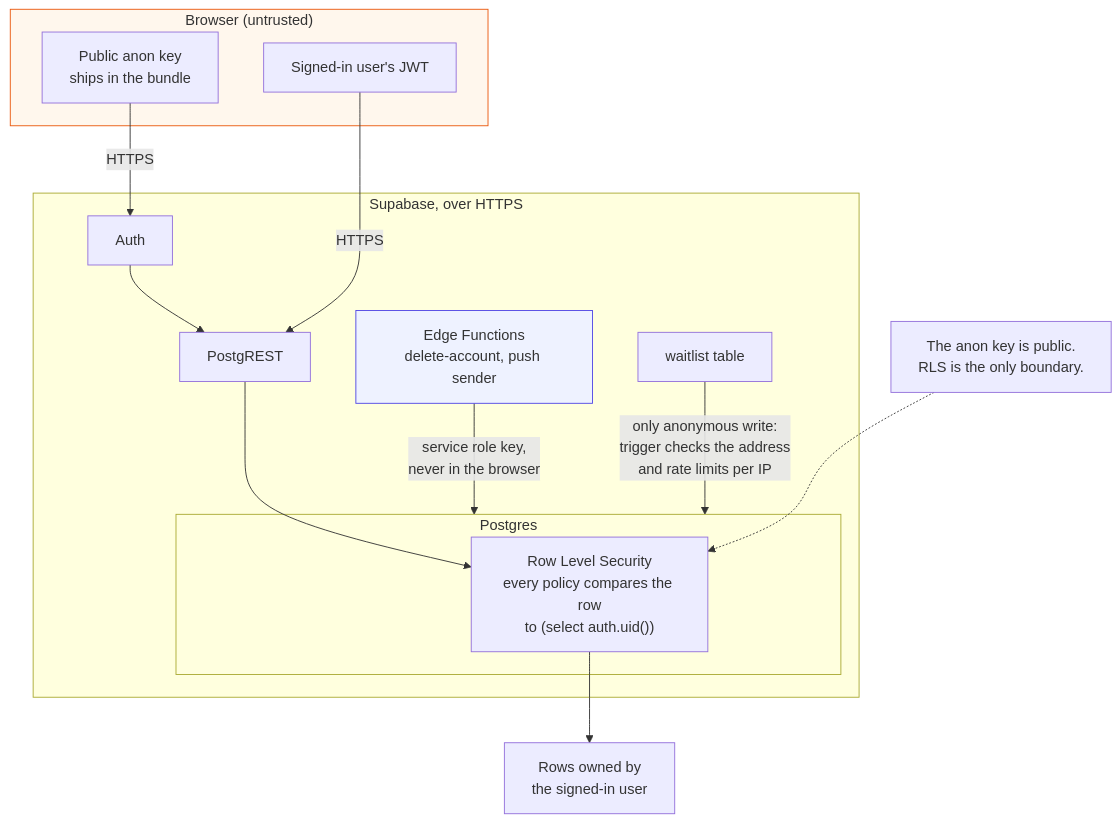
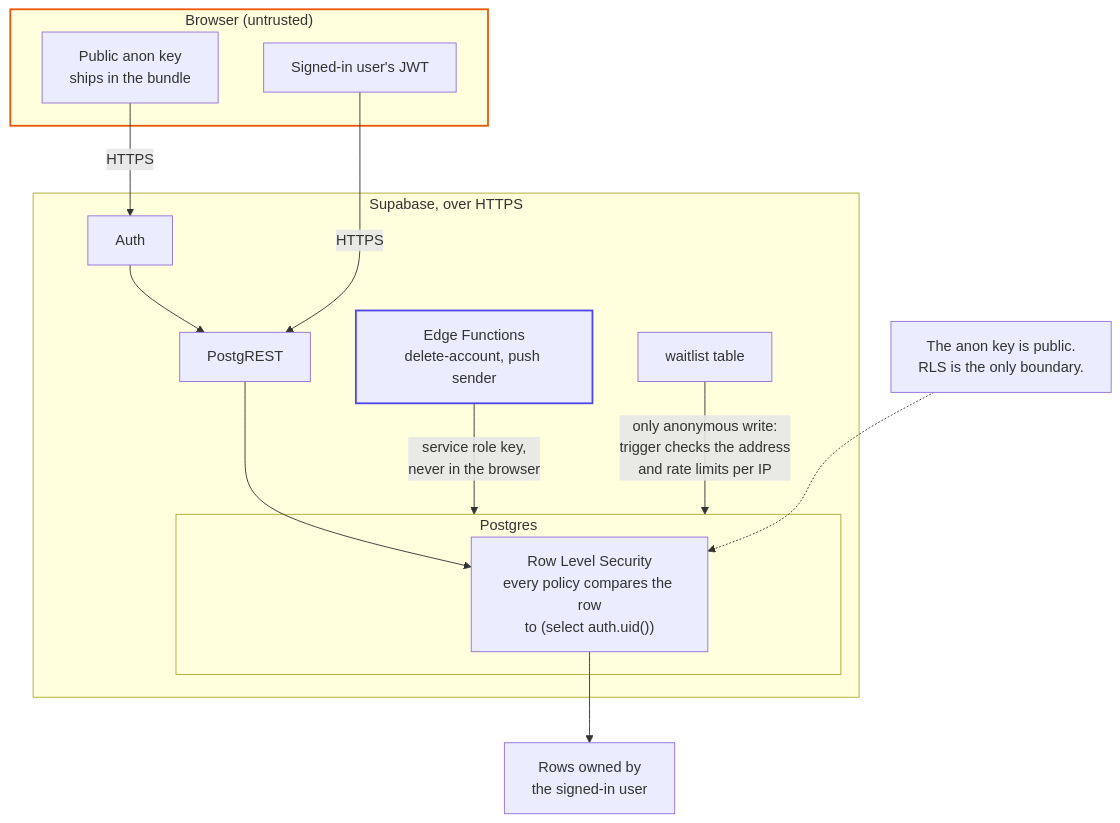
The diagram in SECURITY.md (alonemanguy/hearth-app), drawn with Mermaid before and after one commit.

Commit message:
docs: keep the security diagram theme-safe on GitHub

````diff
--- a/SECURITY.md
+++ b/SECURITY.md
@@ -55,32 +55,32 @@
 ```mermaid
 flowchart TB
     subgraph Browser["Browser (untrusted)"]
         Anon["Public anon key<br/>ships in the bundle"]
         JWT["Signed-in user's JWT"]
     end
 
     subgraph Supabase["Supabase, over HTTPS"]
         Auth["Auth"]
         API["PostgREST"]
         subgraph Postgres["Postgres"]
             RLS["Row Level Security<br/>every policy compares the row<br/>to (select auth.uid())"]
         end
         EdgeFn["Edge Functions<br/>delete-account, push sender"]
         Waitlist["waitlist table"]
     end
 
     Rows["Rows owned by<br/>the signed-in user"]
     Key["The anon key is public.<br/>RLS is the only boundary."]
 
     Anon -->|"HTTPS"| Auth
     JWT -->|"HTTPS"| API
     Auth --> API
     API --> RLS
     RLS --> Rows
     Key -.-> RLS
     EdgeFn -->|"service role key,<br/>never in the browser"| Postgres
     Waitlist -->|"only anonymous write:<br/>trigger checks the address<br/>and rate limits per IP"| Postgres
 
-    style Browser fill:#fff7ed,stroke:#ea580c
-    style EdgeFn fill:#eef2ff,stroke:#4f46e5
+    style Browser stroke:#ea580c,stroke-width:2px
+    style EdgeFn stroke:#4f46e5,stroke-width:2px
 ```
````
